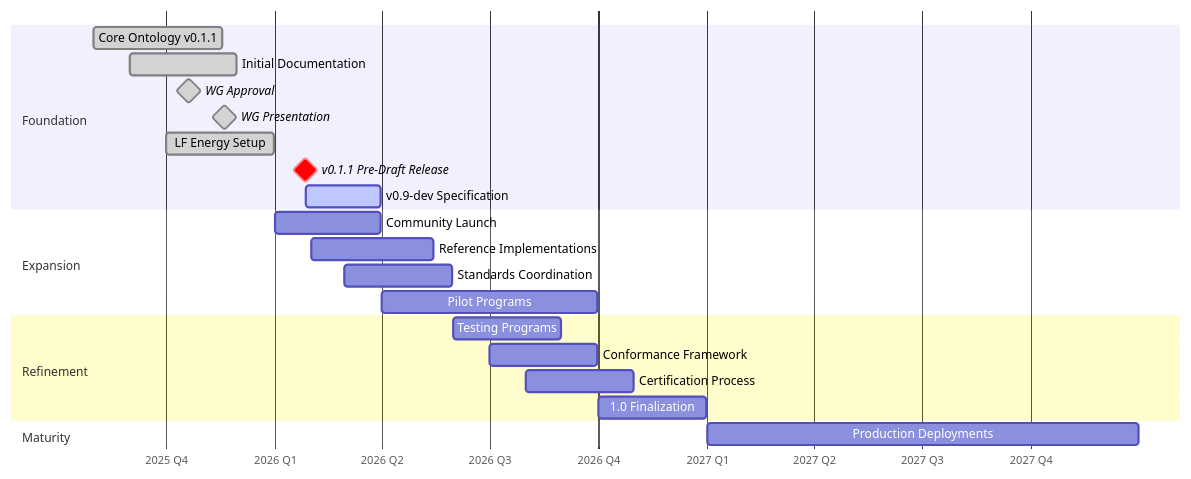
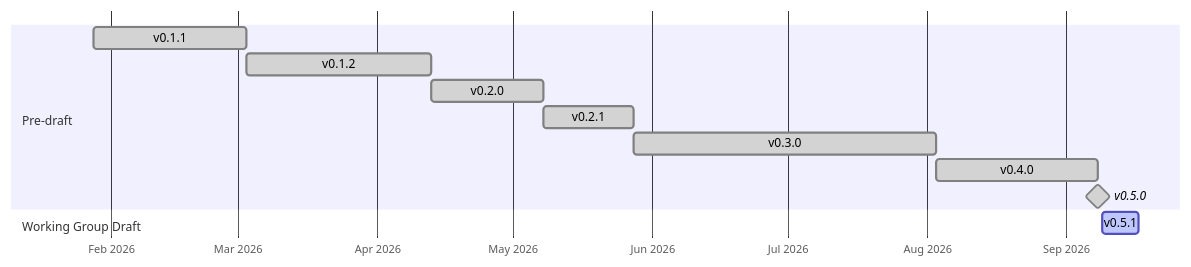
One commit to urpx-org/urpx changed the diagram in documentation/diagrams/urpx-gantt.mmd. Above: the diagram before and after it, drawn with Mermaid. The commit also changed 2 other files, not shown here.

Commit message:
Replace the development-chart PNG with a mermaid roadmap gantt
documentation/diagrams/urpx-gantt.mmd: rebuilt as the sole development-
roadmap diagram, dated from the tagged releases (v0.1.1 through v0.5.0)
and the in-progress v0.5.1 license transition, ticking monthly with no
forced color theme.
documentation/diagrams/urpx_development_chart.png: removed; the gantt
above replaces it.
documentation/diagrams/urpx-diagrams.md: drop the retired PNG entry,
renumber, and describe the gantt as the current roadmap rather than a
historical snapshot.
documentation/pages/urpx-diagram-index.md: drop the Development Chart
entry and update the Development Gantt description to match.

```diff
--- a/documentation/diagrams/urpx-gantt.mmd
+++ b/documentation/diagrams/urpx-gantt.mmd
@@ -1,35 +1,23 @@
-%% SPDX-FileCopyrightText: Flux Tailor LLC
+%% SPDX-FileCopyrightText: The URPX Authors
 %% SPDX-License-Identifier: W3C-20150513
 
 %% URPX Development Gantt Chart
-%% Updated: January 26, 2026
-%% Paul Tol 2.7 Light color scheme
+%% Updated: September 17, 2026
 
 gantt
     dateFormat YYYY-MM-DD
     todayMarker stroke-width:3px,stroke:#99DDFF,opacity:0.6
-    axisFormat %Y Q%q
-    
-    section Foundation
-        Core Ontology v0.1.1          :done,    onto,  2025-08-01, 2025-11-18
-        Initial Documentation         :done,    docs,  2025-09-01, 2025-11-30
-        WG Approval                   :done, milestone, wgappr, 2025-10-20, 1d
-        WG Presentation               :done, milestone, wgpres, 2025-11-19, 1d
-        LF Energy Setup               :done,  lfes,  2025-10-01, 2025-12-31
-        v0.1.1 Pre-Draft Release      :crit, milestone, predraft, 2026-01-26, 1d
-        v0.9-dev Specification        :active,  spec,  2026-01-27, 2026-03-31
-        
-    section Expansion
-        Community Launch              :         comm,  2026-01-01, 2026-03-31
-        Reference Implementations     :         ref,   2026-02-01, 2026-05-15
-        Standards Coordination        :         std,   2026-03-01, 2026-05-31
-        Pilot Programs                :         pilot, 2026-04-01, 2026-09-30
-        
-    section Refinement
-        Testing Programs              :         test,  2026-06-01, 2026-08-31
-        Conformance Framework         :         conf,  2026-07-01, 2026-09-30
-        Certification Process         :         cert,  2026-08-01, 2026-10-31
-        1.0 Finalization              :         final, 2026-10-01, 2026-12-31
-        
-    section Maturity
-        Production Deployments        :         prod,  2027-01-01, 2027-12-31
+    axisFormat %b %Y
+    tickInterval 1month
+
+    section Pre-draft
+        v0.1.1        :done, r011, 2026-01-28, 2026-03-03
+        v0.1.2        :done, r012, 2026-03-03, 2026-04-13
+        v0.2.0        :done, r020, 2026-04-13, 2026-05-08
+        v0.2.1        :done, r021, 2026-05-08, 2026-05-28
+        v0.3.0        :done, r030, 2026-05-28, 2026-08-03
+        v0.4.0        :done, r040, 2026-08-03, 2026-09-08
+        v0.5.0        :milestone, done, m050, 2026-09-08, 0d
+
+    section Working Group Draft
+        v0.5.1        :active, r051, 2026-09-09, 2026-09-17
```
